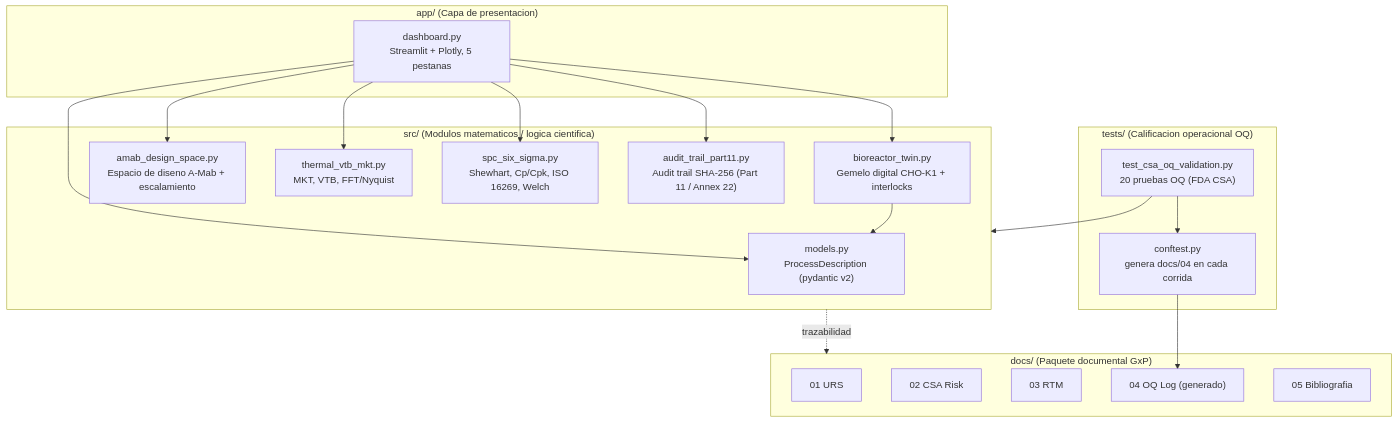
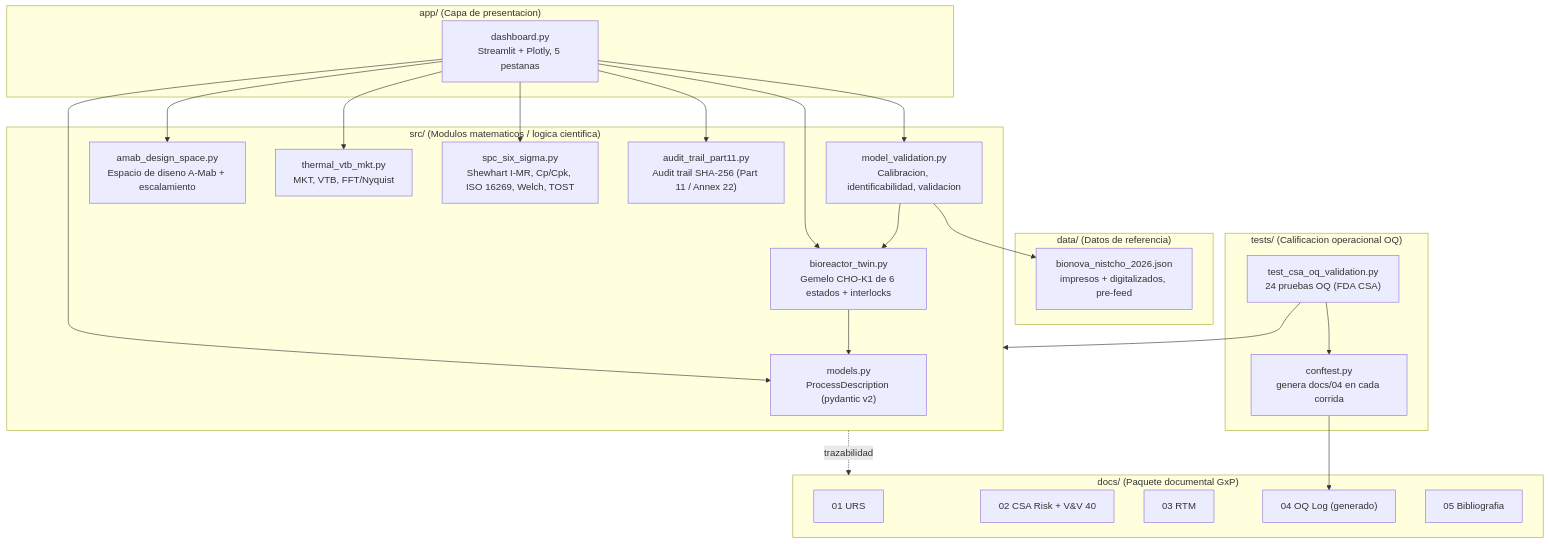
Before and after one commit to alehernann/bioprocesos-PROJECT: the diagram in README.md, drawn with Mermaid. The commit also changed other lines of this file and 6 other files, not shown here.

First line of the commit message:
docs(release): v1.4.0 candidate with ASME V&V 40 / FDA CSA package

````diff
--- a/README.md
+++ b/README.md
@@ -23,41 +23,49 @@
 ```mermaid
 flowchart TD
     subgraph app["app/ (Capa de presentacion)"]
         DASH["dashboard.py\nStreamlit + Plotly, 5 pestanas"]
     end
 
     subgraph src["src/ (Modulos matematicos / logica cientifica)"]
         MODELS["models.py\nProcessDescription (pydantic v2)"]
-        TWIN["bioreactor_twin.py\nGemelo digital CHO-K1 + interlocks"]
+        TWIN["bioreactor_twin.py\nGemelo CHO-K1 de 6 estados + interlocks"]
+        VAL["model_validation.py\nCalibracion, identificabilidad, validacion"]
         AMAB["amab_design_space.py\nEspacio de diseno A-Mab + escalamiento"]
         THERMAL["thermal_vtb_mkt.py\nMKT, VTB, FFT/Nyquist"]
-        SPC["spc_six_sigma.py\nShewhart, Cp/Cpk, ISO 16269, Welch"]
+        SPC["spc_six_sigma.py\nShewhart I-MR, Cp/Cpk, ISO 16269, Welch, TOST"]
         AUDIT["audit_trail_part11.py\nAudit trail SHA-256 (Part 11 / Annex 22)"]
+    end
+
+    subgraph data["data/ (Datos de referencia)"]
+        BION["bionova_nistcho_2026.json\nimpresos + digitalizados, pre-feed"]
     end
 
     subgraph tests["tests/ (Calificacion operacional OQ)"]
         CONF["conftest.py\ngenera docs/04 en cada corrida"]
-        TOQ["test_csa_oq_validation.py\n20 pruebas OQ (FDA CSA)"]
+        TOQ["test_csa_oq_validation.py\n24 pruebas OQ (FDA CSA)"]
     end
 
     subgraph docs["docs/ (Paquete documental GxP)"]
         D1["01 URS"]
-        D2["02 CSA Risk"]
+        D2["02 CSA Risk + V&V 40"]
         D3["03 RTM"]
         D4["04 OQ Log (generado)"]
         D5["05 Bibliografia"]
     end
 
     DASH --> MODELS
     DASH --> TWIN
+    DASH --> VAL
     DASH --> AMAB
     DASH --> THERMAL
     DASH --> SPC
     DASH --> AUDIT
 
     TWIN --> MODELS
+    VAL --> TWIN
+    VAL --> BION
     TOQ --> src
     CONF --> D4
     TOQ --> CONF
     src -. trazabilidad .-> docs
 ```
````
